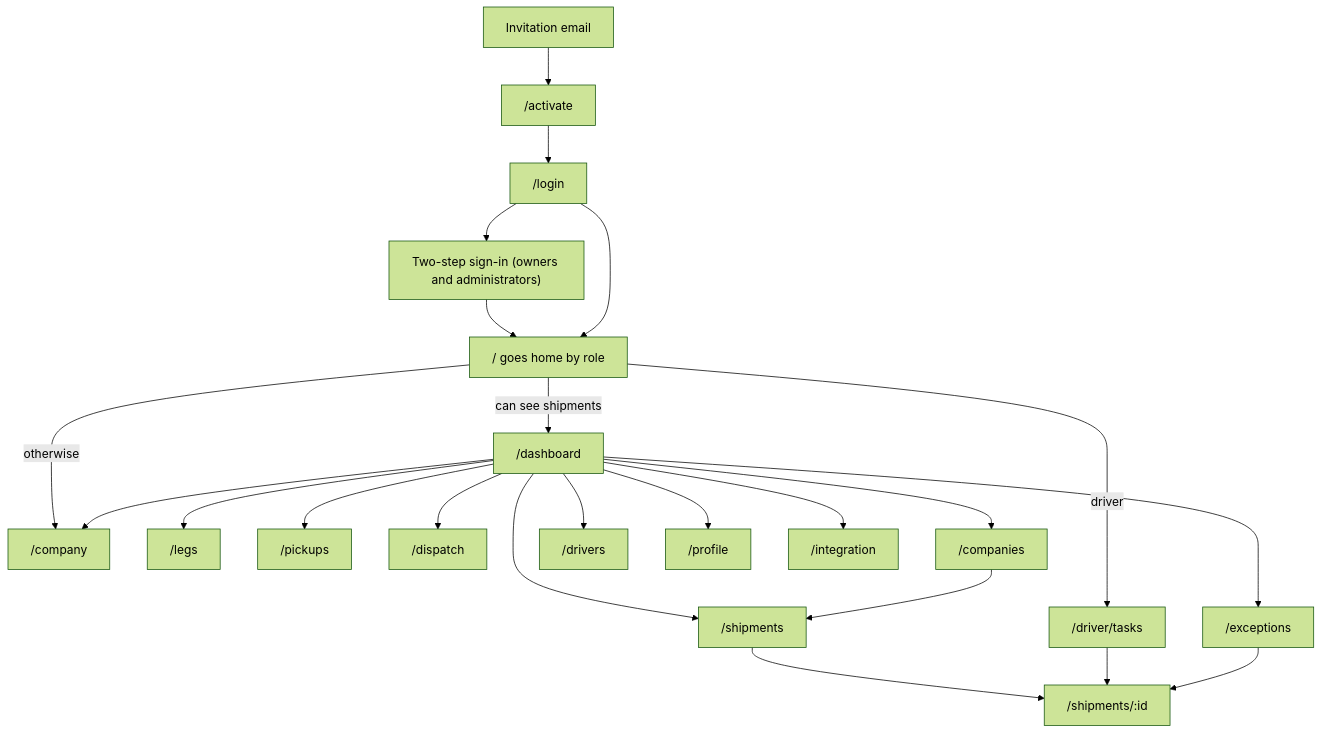
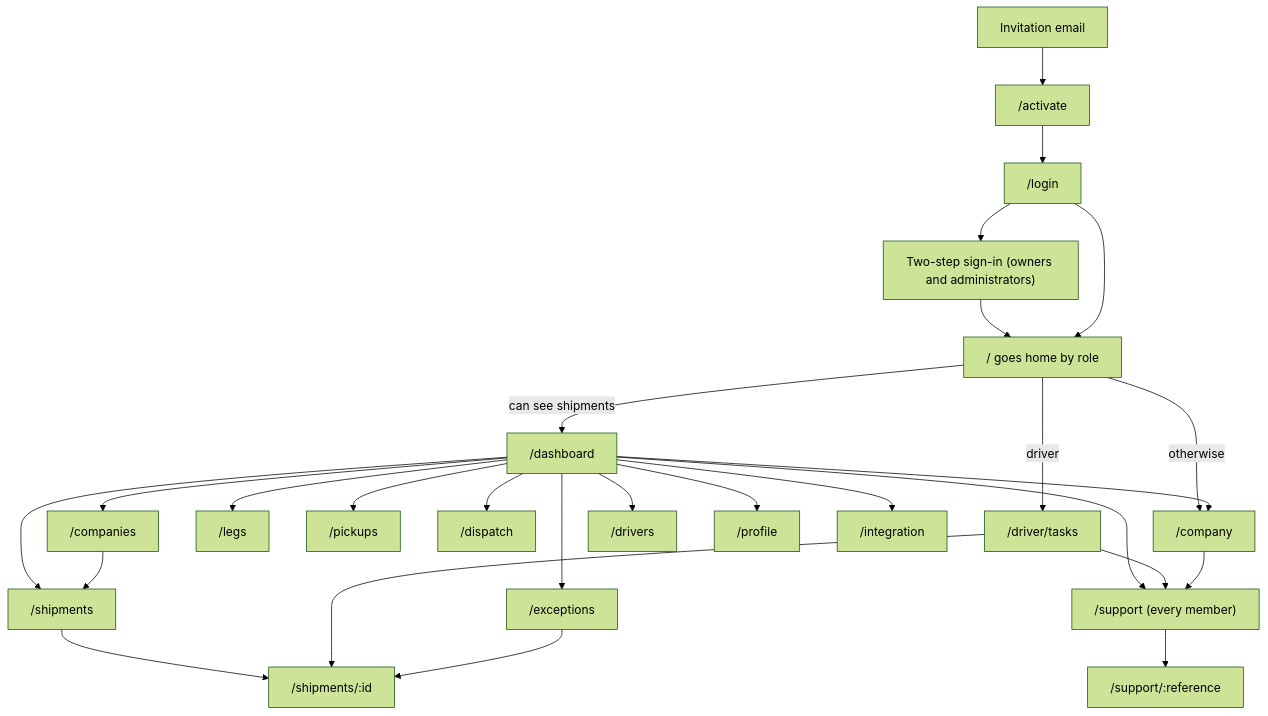
One commit to UBoss-AI/UBoss-Sourcing changed the fourth of 17 diagrams in docs/UI-SCREENS.md. Above: the diagram before and after it, drawn with Mermaid (forest theme). The commit also changed other lines of this file and 358 other files, not shown here.

````diff
--- a/docs/UI-SCREENS.md
+++ b/docs/UI-SCREENS.md
@@ -437,21 +467,24 @@
 ```mermaid
 flowchart TD
   Invite["Invitation email"] --> Activate["/activate"] --> Login["/login"]
   Login --> Mfa["Two-step sign-in (owners and administrators)"]
   Mfa --> Home["/ goes home by role"]
   Login --> Home
   Home -->|"can see shipments"| Dash["/dashboard"]
   Home -->|"driver"| Tasks["/driver/tasks"]
   Home -->|"otherwise"| Company["/company"]
   Dash --> Shipments["/shipments"] --> Shipment["/shipments/:id"]
   Tasks --> Shipment
   Dash --> Legs["/legs"]
   Dash --> Pickups["/pickups"]
   Dash --> Dispatch["/dispatch"]
   Dash --> Exceptions["/exceptions"] --> Shipment
   Dash --> Companies["/companies"] --> Shipments
   Dash --> Drivers["/drivers"]
   Dash --> Company
   Dash --> Profile["/profile"]
   Dash --> Integration["/integration"]
+  Dash --> Support["/support (every member)"] --> SupportOne["/support/:reference"]
+  Tasks --> Support
+  Company --> Support
 ```
````
